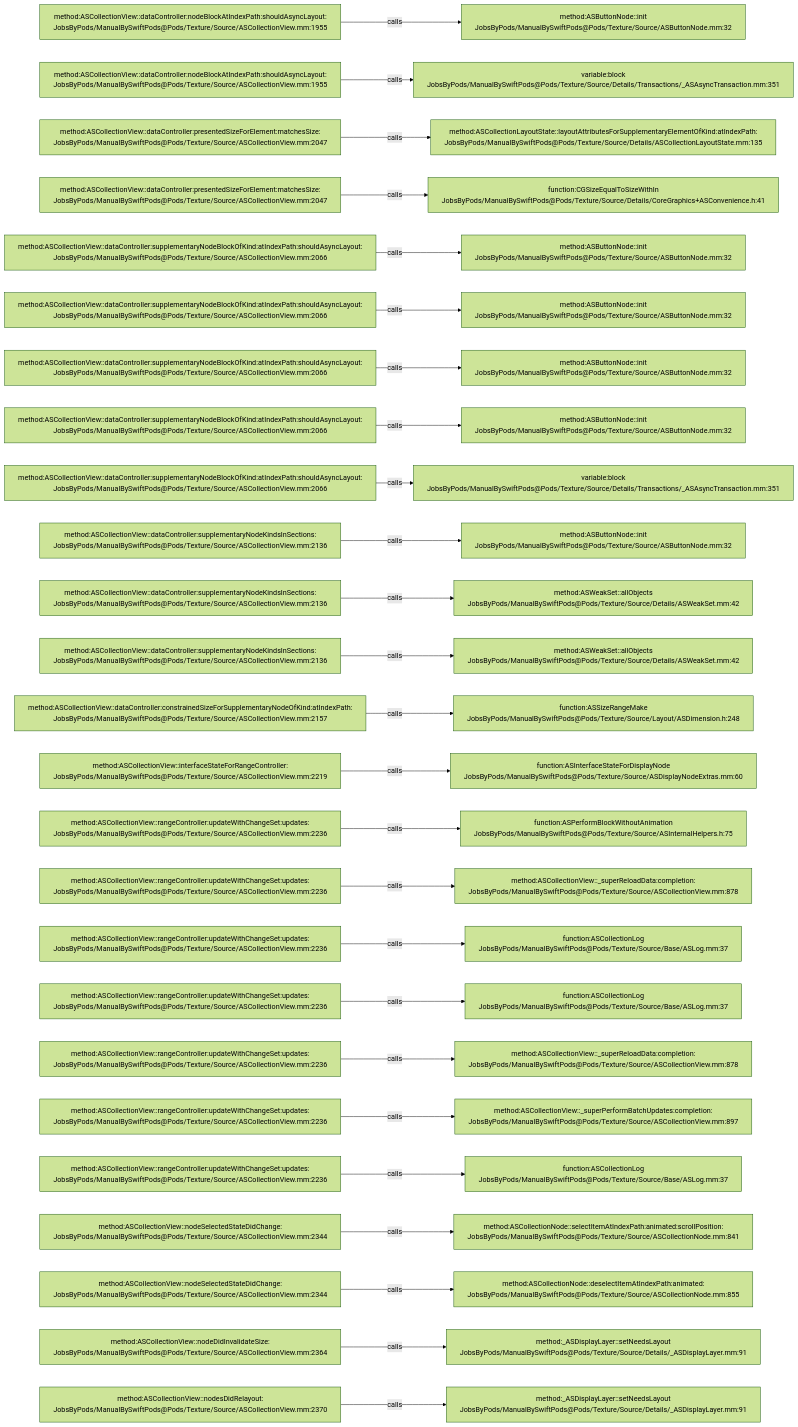
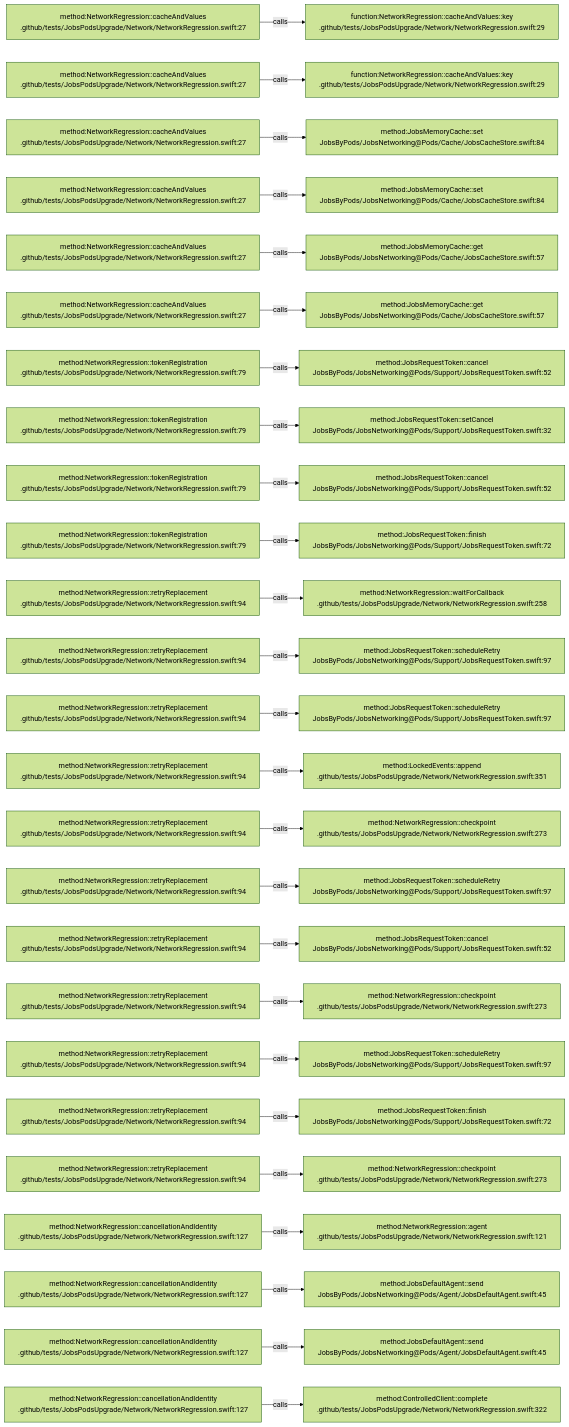
The diagram in .codegraph/codegraph.md/graphs/calls-014.md (JobsKits/JobsSwiftBaseConfigDemo), drawn with Mermaid (forest theme) before and after one commit. The commit also changed 224 other files, not shown here.

````diff
--- a/.codegraph/codegraph.md/graphs/calls-014.md
+++ b/.codegraph/codegraph.md/graphs/calls-014.md
@@ -13,78 +13,78 @@
 ```mermaid
 flowchart LR
-  S1["method:ASCollectionView::dataController:nodeBlockAtIndexPath:shouldAsyncLayout:<br/>JobsByPods/ManualBySwiftPods@Pods/Texture/Source/ASCollectionView.mm:1955"]
-  T1["method:ASButtonNode::init<br/>JobsByPods/ManualBySwiftPods@Pods/Texture/Source/ASButtonNode.mm:32"]
+  S1["method:NetworkRegression::cacheAndValues<br/>.github/tests/JobsPodsUpgrade/Network/NetworkRegression.swift:27"]
+  T1["function:NetworkRegression::cacheAndValues::key<br/>.github/tests/JobsPodsUpgrade/Network/NetworkRegression.swift:29"]
   S1 -->|calls| T1
-  S2["method:ASCollectionView::dataController:nodeBlockAtIndexPath:shouldAsyncLayout:<br/>JobsByPods/ManualBySwiftPods@Pods/Texture/Source/ASCollectionView.mm:1955"]
-  T2["variable:block<br/>JobsByPods/ManualBySwiftPods@Pods/Texture/Source/Details/Transactions/_ASAsyncTransaction.mm:351"]
+  S2["method:NetworkRegression::cacheAndValues<br/>.github/tests/JobsPodsUpgrade/Network/NetworkRegression.swift:27"]
+  T2["function:NetworkRegression::cacheAndValues::key<br/>.github/tests/JobsPodsUpgrade/Network/NetworkRegression.swift:29"]
   S2 -->|calls| T2
-  S3["method:ASCollectionView::dataController:presentedSizeForElement:matchesSize:<br/>JobsByPods/ManualBySwiftPods@Pods/Texture/Source/ASCollectionView.mm:2047"]
-  T3["method:ASCollectionLayoutState::layoutAttributesForSupplementaryElementOfKind:atIndexPath:<br/>JobsByPods/ManualBySwiftPods@Pods/Texture/Source/Details/ASCollectionLayoutState.mm:135"]
+  S3["method:NetworkRegression::cacheAndValues<br/>.github/tests/JobsPodsUpgrade/Network/NetworkRegression.swift:27"]
+  T3["method:JobsMemoryCache::set<br/>JobsByPods/JobsNetworking@Pods/Cache/JobsCacheStore.swift:84"]
   S3 -->|calls| T3
-  S4["method:ASCollectionView::dataController:presentedSizeForElement:matchesSize:<br/>JobsByPods/ManualBySwiftPods@Pods/Texture/Source/ASCollectionView.mm:2047"]
-  T4["function:CGSizeEqualToSizeWithIn<br/>JobsByPods/ManualBySwiftPods@Pods/Texture/Source/Details/CoreGraphics+ASConvenience.h:41"]
+  S4["method:NetworkRegression::cacheAndValues<br/>.github/tests/JobsPodsUpgrade/Network/NetworkRegression.swift:27"]
+  T4["method:JobsMemoryCache::set<br/>JobsByPods/JobsNetworking@Pods/Cache/JobsCacheStore.swift:84"]
   S4 -->|calls| T4
-  S5["method:ASCollectionView::dataController:supplementaryNodeBlockOfKind:atIndexPath:shouldAsyncLayout:<br/>JobsByPods/ManualBySwiftPods@Pods/Texture/Source/ASCollectionView.mm:2066"]
-  T5["method:ASButtonNode::init<br/>JobsByPods/ManualBySwiftPods@Pods/Texture/Source/ASButtonNode.mm:32"]
+  S5["method:NetworkRegression::cacheAndValues<br/>.github/tests/JobsPodsUpgrade/Network/NetworkRegression.swift:27"]
+  T5["method:JobsMemoryCache::get<br/>JobsByPods/JobsNetworking@Pods/Cache/JobsCacheStore.swift:57"]
   S5 -->|calls| T5
-  S6["method:ASCollectionView::dataController:supplementaryNodeBlockOfKind:atIndexPath:shouldAsyncLayout:<br/>JobsByPods/ManualBySwiftPods@Pods/Texture/Source/ASCollectionView.mm:2066"]
-  T6["method:ASButtonNode::init<br/>JobsByPods/ManualBySwiftPods@Pods/Texture/Source/ASButtonNode.mm:32"]
+  S6["method:NetworkRegression::cacheAndValues<br/>.github/tests/JobsPodsUpgrade/Network/NetworkRegression.swift:27"]
+  T6["method:JobsMemoryCache::get<br/>JobsByPods/JobsNetworking@Pods/Cache/JobsCacheStore.swift:57"]
   S6 -->|calls| T6
-  S7["method:ASCollectionView::dataController:supplementaryNodeBlockOfKind:atIndexPath:shouldAsyncLayout:<br/>JobsByPods/ManualBySwiftPods@Pods/Texture/Source/ASCollectionView.mm:2066"]
-  T7["method:ASButtonNode::init<br/>JobsByPods/ManualBySwiftPods@Pods/Texture/Source/ASButtonNode.mm:32"]
+  S7["method:NetworkRegression::tokenRegistration<br/>.github/tests/JobsPodsUpgrade/Network/NetworkRegression.swift:79"]
+  T7["method:JobsRequestToken::cancel<br/>JobsByPods/JobsNetworking@Pods/Support/JobsRequestToken.swift:52"]
   S7 -->|calls| T7
-  S8["method:ASCollectionView::dataController:supplementaryNodeBlockOfKind:atIndexPath:shouldAsyncLayout:<br/>JobsByPods/ManualBySwiftPods@Pods/Texture/Source/ASCollectionView.mm:2066"]
-  T8["method:ASButtonNode::init<br/>JobsByPods/ManualBySwiftPods@Pods/Texture/Source/ASButtonNode.mm:32"]
+  S8["method:NetworkRegression::tokenRegistration<br/>.github/tests/JobsPodsUpgrade/Network/NetworkRegression.swift:79"]
+  T8["method:JobsRequestToken::setCancel<br/>JobsByPods/JobsNetworking@Pods/Support/JobsRequestToken.swift:32"]
   S8 -->|calls| T8
-  S9["method:ASCollectionView::dataController:supplementaryNodeBlockOfKind:atIndexPath:shouldAsyncLayout:<br/>JobsByPods/ManualBySwiftPods@Pods/Texture/Source/ASCollectionView.mm:2066"]
-  T9["variable:block<br/>JobsByPods/ManualBySwiftPods@Pods/Texture/Source/Details/Transactions/_ASAsyncTransaction.mm:351"]
+  S9["method:NetworkRegression::tokenRegistration<br/>.github/tests/JobsPodsUpgrade/Network/NetworkRegression.swift:79"]
+  T9["method:JobsRequestToken::cancel<br/>JobsByPods/JobsNetworking@Pods/Support/JobsRequestToken.swift:52"]
   S9 -->|calls| T9
-  S10["method:ASCollectionView::dataController:supplementaryNodeKindsInSections:<br/>JobsByPods/ManualBySwiftPods@Pods/Texture/Source/ASCollectionView.mm:2136"]
-  T10["method:ASButtonNode::init<br/>JobsByPods/ManualBySwiftPods@Pods/Texture/Source/ASButtonNode.mm:32"]
+  S10["method:NetworkRegression::tokenRegistration<br/>.github/tests/JobsPodsUpgrade/Network/NetworkRegression.swift:79"]
+  T10["method:JobsRequestToken::finish<br/>JobsByPods/JobsNetworking@Pods/Support/JobsRequestToken.swift:72"]
   S10 -->|calls| T10
-  S11["method:ASCollectionView::dataController:supplementaryNodeKindsInSections:<br/>JobsByPods/ManualBySwiftPods@Pods/Texture/Source/ASCollectionView.mm:2136"]
-  T11["method:ASWeakSet::allObjects<br/>JobsByPods/ManualBySwiftPods@Pods/Texture/Source/Details/ASWeakSet.mm:42"]
+  S11["method:NetworkRegression::retryReplacement<br/>.github/tests/JobsPodsUpgrade/Network/NetworkRegression.swift:94"]
+  T11["method:NetworkRegression::waitForCallback<br/>.github/tests/JobsPodsUpgrade/Network/NetworkRegression.swift:258"]
   S11 -->|calls| T11
-  S12["method:ASCollectionView::dataController:supplementaryNodeKindsInSections:<br/>JobsByPods/ManualBySwiftPods@Pods/Texture/Source/ASCollectionView.mm:2136"]
-  T12["method:ASWeakSet::allObjects<br/>JobsByPods/ManualBySwiftPods@Pods/Texture/Source/Details/ASWeakSet.mm:42"]
+  S12["method:NetworkRegression::retryReplacement<br/>.github/tests/JobsPodsUpgrade/Network/NetworkRegression.swift:94"]
+  T12["method:JobsRequestToken::scheduleRetry<br/>JobsByPods/JobsNetworking@Pods/Support/JobsRequestToken.swift:97"]
   S12 -->|calls| T12
-  S13["method:ASCollectionView::dataController:constrainedSizeForSupplementaryNodeOfKind:atIndexPath:<br/>JobsByPods/ManualBySwiftPods@Pods/Texture/Source/ASCollectionView.mm:2157"]
-  T13["function:ASSizeRangeMake<br/>JobsByPods/ManualBySwiftPods@Pods/Texture/Source/Layout/ASDimension.h:248"]
+  S13["method:NetworkRegression::retryReplacement<br/>.github/tests/JobsPodsUpgrade/Network/NetworkRegression.swift:94"]
+  T13["method:JobsRequestToken::scheduleRetry<br/>JobsByPods/JobsNetworking@Pods/Support/JobsRequestToken.swift:97"]
   S13 -->|calls| T13
-  S14["method:ASCollectionView::interfaceStateForRangeController:<br/>JobsByPods/ManualBySwiftPods@Pods/Texture/Source/ASCollectionView.mm:2219"]
-  T14["function:ASInterfaceStateForDisplayNode<br/>JobsByPods/ManualBySwiftPods@Pods/Texture/Source/ASDisplayNodeExtras.mm:60"]
+  S14["method:NetworkRegression::retryReplacement<br/>.github/tests/JobsPodsUpgrade/Network/NetworkRegression.swift:94"]
+  T14["method:LockedEvents::append<br/>.github/tests/JobsPodsUpgrade/Network/NetworkRegression.swift:351"]
   S14 -->|calls| T14
-  S15["method:ASCollectionView::rangeController:updateWithChangeSet:updates:<br/>JobsByPods/ManualBySwiftPods@Pods/Texture/Source/ASCollectionView.mm:2236"]
-  T15["function:ASPerformBlockWithoutAnimation<br/>JobsByPods/ManualBySwiftPods@Pods/Texture/Source/ASInternalHelpers.h:75"]
+  S15["method:NetworkRegression::retryReplacement<br/>.github/tests/JobsPodsUpgrade/Network/NetworkRegression.swift:94"]
+  T15["method:NetworkRegression::checkpoint<br/>.github/tests/JobsPodsUpgrade/Network/NetworkRegression.swift:273"]
   S15 -->|calls| T15
-  S16["method:ASCollectionView::rangeController:updateWithChangeSet:updates:<br/>JobsByPods/ManualBySwiftPods@Pods/Texture/Source/ASCollectionView.mm:2236"]
-  T16["method:ASCollectionView::_superReloadData:completion:<br/>JobsByPods/ManualBySwiftPods@Pods/Texture/Source/ASCollectionView.mm:878"]
+  S16["method:NetworkRegression::retryReplacement<br/>.github/tests/JobsPodsUpgrade/Network/NetworkRegression.swift:94"]
+  T16["method:JobsRequestToken::scheduleRetry<br/>JobsByPods/JobsNetworking@Pods/Support/JobsRequestToken.swift:97"]
   S16 -->|calls| T16
-  S17["method:ASCollectionView::rangeController:updateWithChangeSet:updates:<br/>JobsByPods/ManualBySwiftPods@Pods/Texture/Source/ASCollectionView.mm:2236"]
-  T17["function:ASCollectionLog<br/>JobsByPods/ManualBySwiftPods@Pods/Texture/Source/Base/ASLog.mm:37"]
+  S17["method:NetworkRegression::retryReplacement<br/>.github/tests/JobsPodsUpgrade/Network/NetworkRegression.swift:94"]
+  T17["method:JobsRequestToken::cancel<br/>JobsByPods/JobsNetworking@Pods/Support/JobsRequestToken.swift:52"]
   S17 -->|calls| T17
-  S18["method:ASCollectionView::rangeController:updateWithChangeSet:updates:<br/>JobsByPods/ManualBySwiftPods@Pods/Texture/Source/ASCollectionView.mm:2236"]
-  T18["function:ASCollectionLog<br/>JobsByPods/ManualBySwiftPods@Pods/Texture/Source/Base/ASLog.mm:37"]
+  S18["method:NetworkRegression::retryReplacement<br/>.github/tests/JobsPodsUpgrade/Network/NetworkRegression.swift:94"]
+  T18["method:NetworkRegression::checkpoint<br/>.github/tests/JobsPodsUpgrade/Network/NetworkRegression.swift:273"]
   S18 -->|calls| T18
-  S19["method:ASCollectionView::rangeController:updateWithChangeSet:updates:<br/>JobsByPods/ManualBySwiftPods@Pods/Texture/Source/ASCollectionView.mm:2236"]
-  T19["method:ASCollectionView::_superReloadData:completion:<br/>JobsByPods/ManualBySwiftPods@Pods/Texture/Source/ASCollectionView.mm:878"]
+  S19["method:NetworkRegression::retryReplacement<br/>.github/tests/JobsPodsUpgrade/Network/NetworkRegression.swift:94"]
+  T19["method:JobsRequestToken::scheduleRetry<br/>JobsByPods/JobsNetworking@Pods/Support/JobsRequestToken.swift:97"]
   S19 -->|calls| T19
-  S20["method:ASCollectionView::rangeController:updateWithChangeSet:updates:<br/>JobsByPods/ManualBySwiftPods@Pods/Texture/Source/ASCollectionView.mm:2236"]
-  T20["method:ASCollectionView::_superPerformBatchUpdates:completion:<br/>JobsByPods/ManualBySwiftPods@Pods/Texture/Source/ASCollectionView.mm:897"]
+  S20["method:NetworkRegression::retryReplacement<br/>.github/tests/JobsPodsUpgrade/Network/NetworkRegression.swift:94"]
+  T20["method:JobsRequestToken::finish<br/>JobsByPods/JobsNetworking@Pods/Support/JobsRequestToken.swift:72"]
   S20 -->|calls| T20
-  S21["method:ASCollectionView::rangeController:updateWithChangeSet:updates:<br/>JobsByPods/ManualBySwiftPods@Pods/Texture/Source/ASCollectionView.mm:2236"]
-  T21["function:ASCollectionLog<br/>JobsByPods/ManualBySwiftPods@Pods/Texture/Source/Base/ASLog.mm:37"]
+  S21["method:NetworkRegression::retryReplacement<br/>.github/tests/JobsPodsUpgrade/Network/NetworkRegression.swift:94"]
+  T21["method:NetworkRegression::checkpoint<br/>.github/tests/JobsPodsUpgrade/Network/NetworkRegression.swift:273"]
   S21 -->|calls| T21
-  S22["method:ASCollectionView::nodeSelectedStateDidChange:<br/>JobsByPods/ManualBySwiftPods@Pods/Texture/Source/ASCollectionView.mm:2344"]
-  T22["method:ASCollectionNode::selectItemAtIndexPath:animated:scrollPosition:<br/>JobsByPods/ManualBySwiftPods@Pods/Texture/Source/ASCollectionNode.mm:841"]
+  S22["method:NetworkRegression::cancellationAndIdentity<br/>.github/tests/JobsPodsUpgrade/Network/NetworkRegression.swift:127"]
+  T22["method:NetworkRegression::agent<br/>.github/tests/JobsPodsUpgrade/Network/NetworkRegression.swift:121"]
   S22 -->|calls| T22
-  S23["method:ASCollectionView::nodeSelectedStateDidChange:<br/>JobsByPods/ManualBySwiftPods@Pods/Texture/Source/ASCollectionView.mm:2344"]
-  T23["method:ASCollectionNode::deselectItemAtIndexPath:animated:<br/>JobsByPods/ManualBySwiftPods@Pods/Texture/Source/ASCollectionNode.mm:855"]
+  S23["method:NetworkRegression::cancellationAndIdentity<br/>.github/tests/JobsPodsUpgrade/Network/NetworkRegression.swift:127"]
+  T23["method:JobsDefaultAgent::send<br/>JobsByPods/JobsNetworking@Pods/Agent/JobsDefaultAgent.swift:45"]
   S23 -->|calls| T23
-  S24["method:ASCollectionView::nodeDidInvalidateSize:<br/>JobsByPods/ManualBySwiftPods@Pods/Texture/Source/ASCollectionView.mm:2364"]
-  T24["method:_ASDisplayLayer::setNeedsLayout<br/>JobsByPods/ManualBySwiftPods@Pods/Texture/Source/Details/_ASDisplayLayer.mm:91"]
+  S24["method:NetworkRegression::cancellationAndIdentity<br/>.github/tests/JobsPodsUpgrade/Network/NetworkRegression.swift:127"]
+  T24["method:JobsDefaultAgent::send<br/>JobsByPods/JobsNetworking@Pods/Agent/JobsDefaultAgent.swift:45"]
   S24 -->|calls| T24
-  S25["method:ASCollectionView::nodesDidRelayout:<br/>JobsByPods/ManualBySwiftPods@Pods/Texture/Source/ASCollectionView.mm:2370"]
-  T25["method:_ASDisplayLayer::setNeedsLayout<br/>JobsByPods/ManualBySwiftPods@Pods/Texture/Source/Details/_ASDisplayLayer.mm:91"]
+  S25["method:NetworkRegression::cancellationAndIdentity<br/>.github/tests/JobsPodsUpgrade/Network/NetworkRegression.swift:127"]
+  T25["method:ControlledClient::complete<br/>.github/tests/JobsPodsUpgrade/Network/NetworkRegression.swift:322"]
   S25 -->|calls| T25
 ```
````
